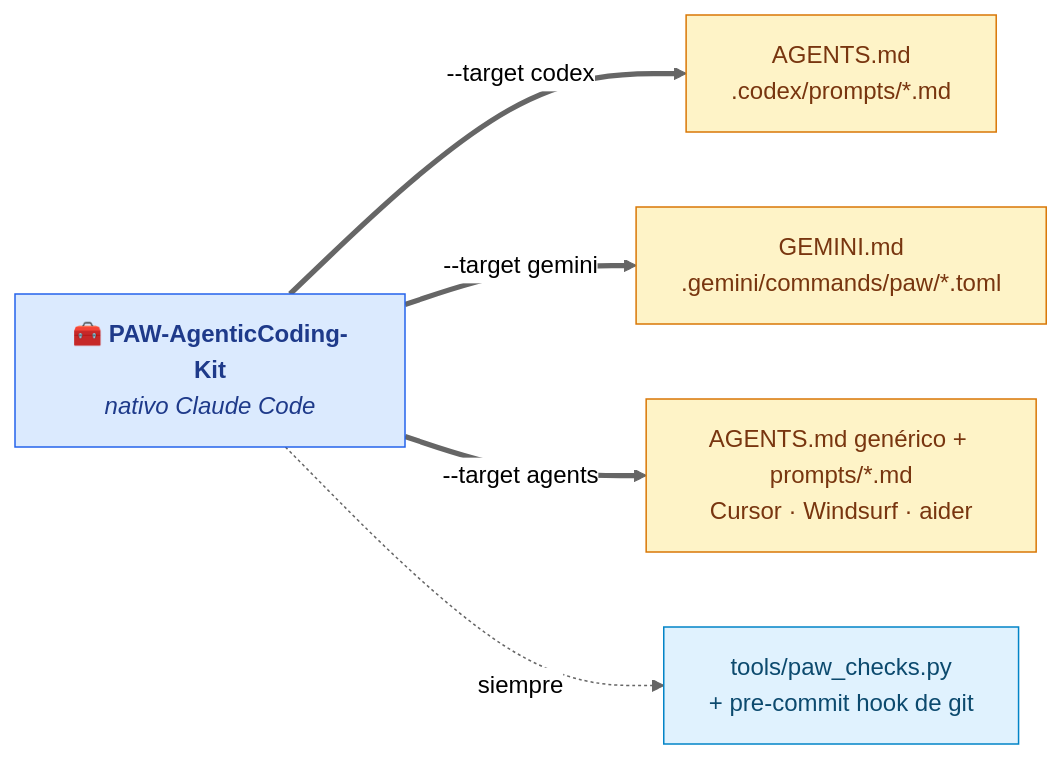
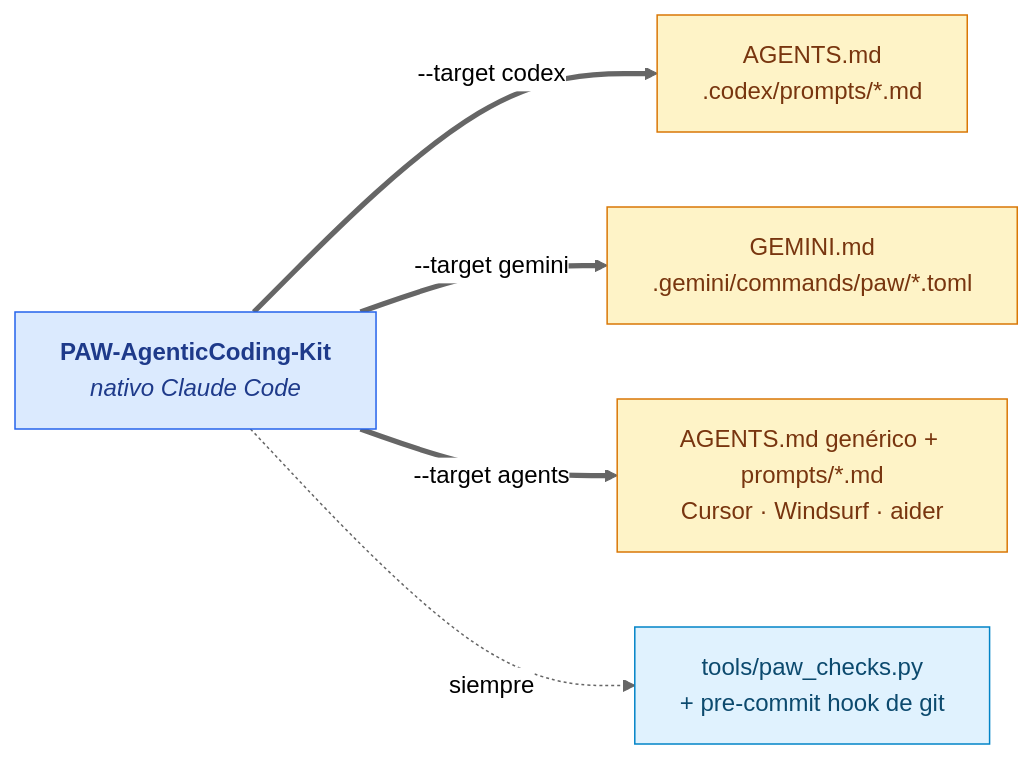
Before and after one commit to SebasCaules/PAW-AgenticCoding-Kit: the third of 3 diagrams in README.md, drawn with Mermaid (neutral theme). The commit also changed other lines of this file and 3 other files, not shown here.

Commit message:
feat: add SVG diagrams for kit overview — include dark and light mode versions

````diff
--- a/README.md
+++ b/README.md
@@ -295,15 +253,15 @@
 ```mermaid
 flowchart LR
-    K["🧰 <b>PAW-AgenticCoding-Kit</b><br/><i>nativo Claude Code</i>"]
+    K["<b>PAW-AgenticCoding-Kit</b><br/><i>nativo Claude Code</i>"]
     K == "--target codex" ==> CX["AGENTS.md<br/>.codex/prompts/*.md"]
     K == "--target gemini" ==> GM["GEMINI.md<br/>.gemini/commands/paw/*.toml"]
     K == "--target agents" ==> AG["AGENTS.md genérico + prompts/*.md<br/>Cursor · Windsurf · aider"]
     K -. "siempre" .-> PCM["tools/paw_checks.py<br/>+ pre-commit hook de git"]
 
     classDef kit fill:#DBEAFE,stroke:#2563EB,color:#1E3A8A
     classDef tgt fill:#FEF3C7,stroke:#D97706,color:#78350F
     classDef chk fill:#E0F2FE,stroke:#0284C7,color:#0C4A6E
     class K kit
     class CX,GM,AG tgt
     class PCM chk
 ```
````
